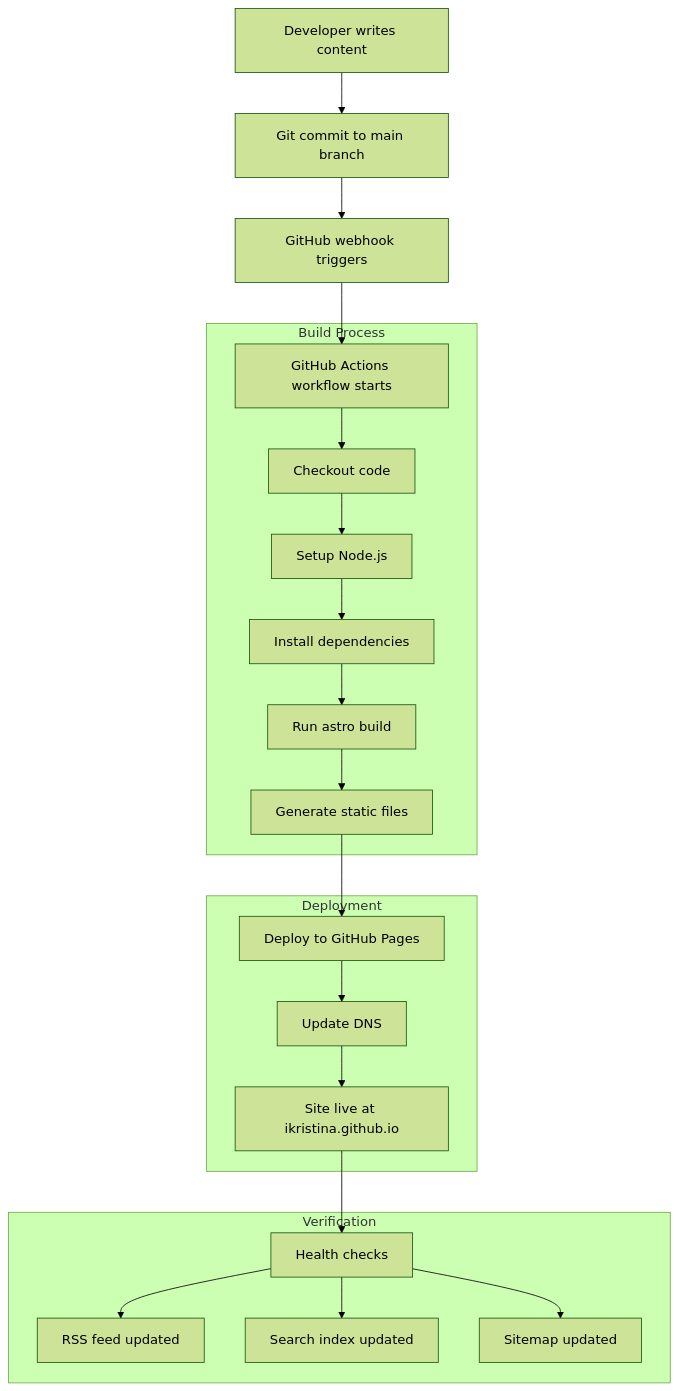
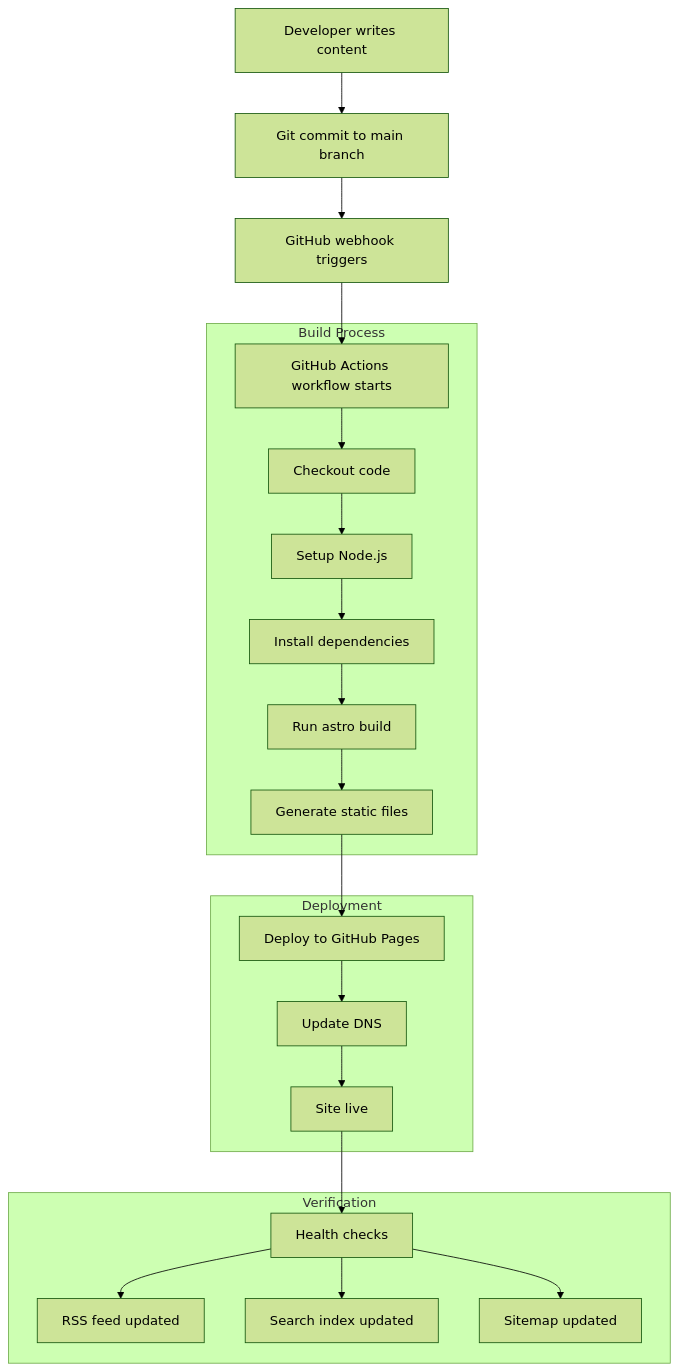
Before and after one commit to ikristina/ikristina.github.io: diagram 11 of 12 in docs/architecture-diagrams.md, drawn with Mermaid (forest theme). The commit also changed other lines of this file and 18 other files, not shown here.

First line of the commit message:
Fix diagrams, syntax highlighting, and pagination

````diff
--- a/docs/architecture-diagrams.md
+++ b/docs/architecture-diagrams.md
@@ -318,27 +318,27 @@
 ```mermaid
 flowchart TD
     A[Developer writes content] --> B[Git commit to main branch]
     B --> C[GitHub webhook triggers]
     C --> D[GitHub Actions workflow starts]
     
-    subgraph "Build Process"
+    subgraph Build["Build Process"]
         D --> E[Checkout code]
         E --> F[Setup Node.js]
         F --> G[Install dependencies]
         G --> H[Run astro build]
         H --> I[Generate static files]
     end
     
-    subgraph "Deployment"
+    subgraph Deploy["Deployment"]
         I --> J[Deploy to GitHub Pages]
         J --> K[Update DNS]
-        K --> L[Site live at ikristina.github.io]
+        K --> L[Site live]
     end
     
-    subgraph "Verification"
+    subgraph Verify["Verification"]
         L --> M[Health checks]
         M --> N[RSS feed updated]
         M --> O[Search index updated]
         M --> P[Sitemap updated]
     end
 ```
````
